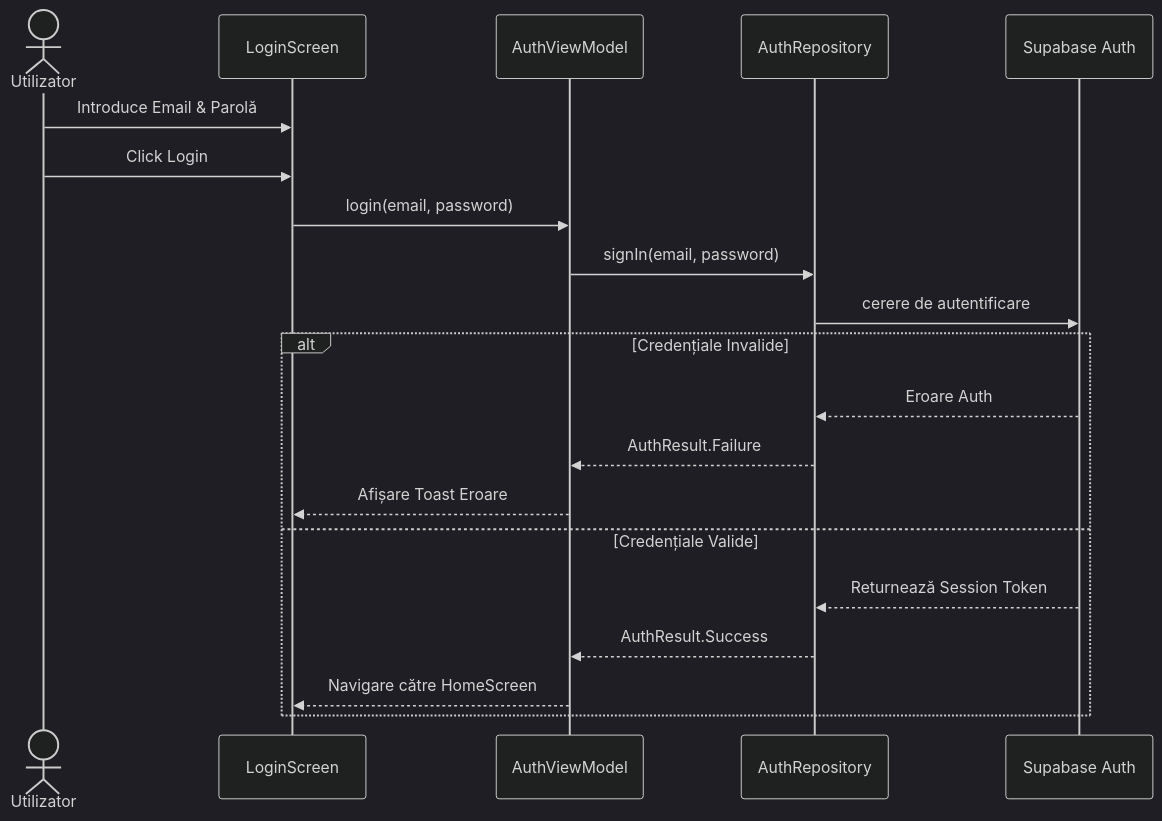
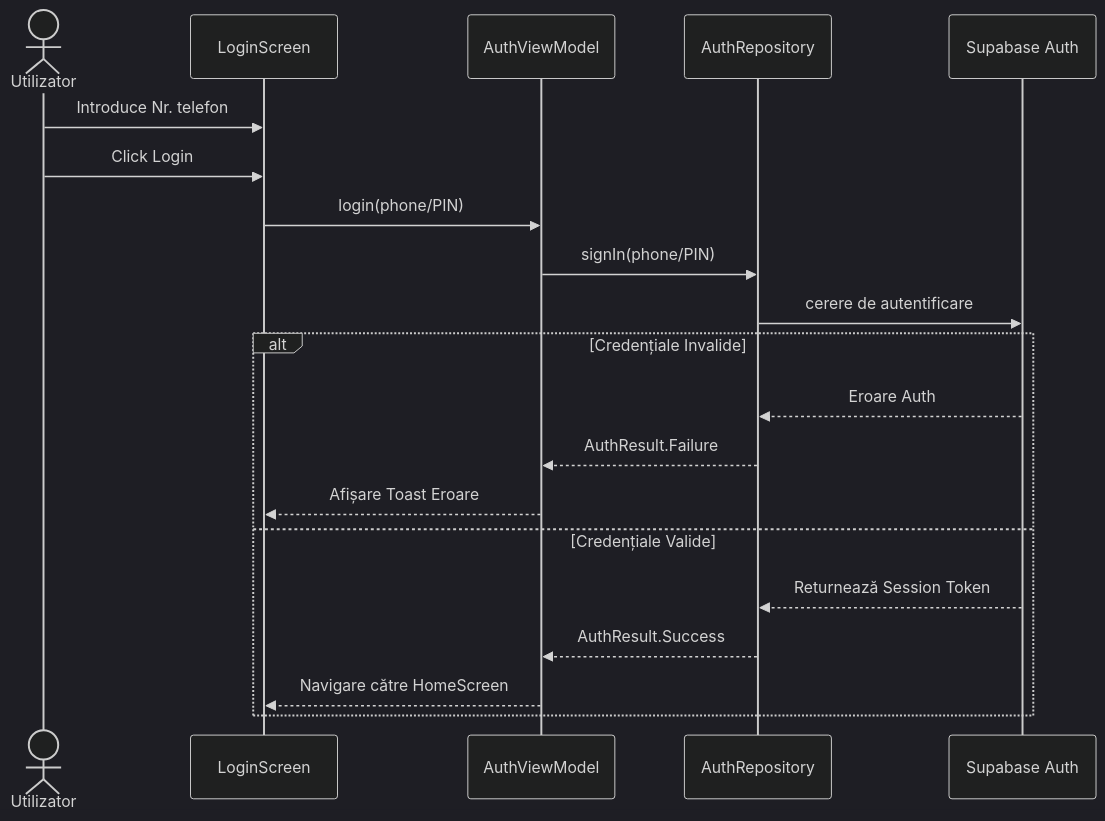
The third of 3 diagrams in docs/DIAGRAME.md (Mihai-Tudor0/MystFlowTB), drawn with Mermaid (dark theme) before and after one commit.

Commit message:
Fixed typo
In DIAGRAME.md there was a typo (email/password instead of phone/PIN)

````diff
--- a/docs/DIAGRAME.md
+++ b/docs/DIAGRAME.md
@@ -39,23 +39,23 @@
 ```mermaid
 sequenceDiagram
     actor U as Utilizator
     participant UI as LoginScreen
     participant VM as AuthViewModel
     participant Repo as AuthRepository
     participant DB as Supabase Auth
 
-    U->>UI: Introduce Email & Parolă
+    U->>UI: Introduce Nr. telefon
     U->>UI: Click Login
-    UI->>VM: login(email, password)
-    VM->>Repo: signIn(email, password)
+    UI->>VM: login(phone/PIN)
+    VM->>Repo: signIn(phone/PIN)
     Repo->>DB: cerere de autentificare
     alt Credențiale Invalide
         DB-->>Repo: Eroare Auth
         Repo-->>VM: AuthResult.Failure
         VM-->>UI: Afișare Toast Eroare
     else Credențiale Valide
         DB-->>Repo: Returnează Session Token
         Repo-->>VM: AuthResult.Success
         VM-->>UI: Navigare către HomeScreen
     end
 ```
````
